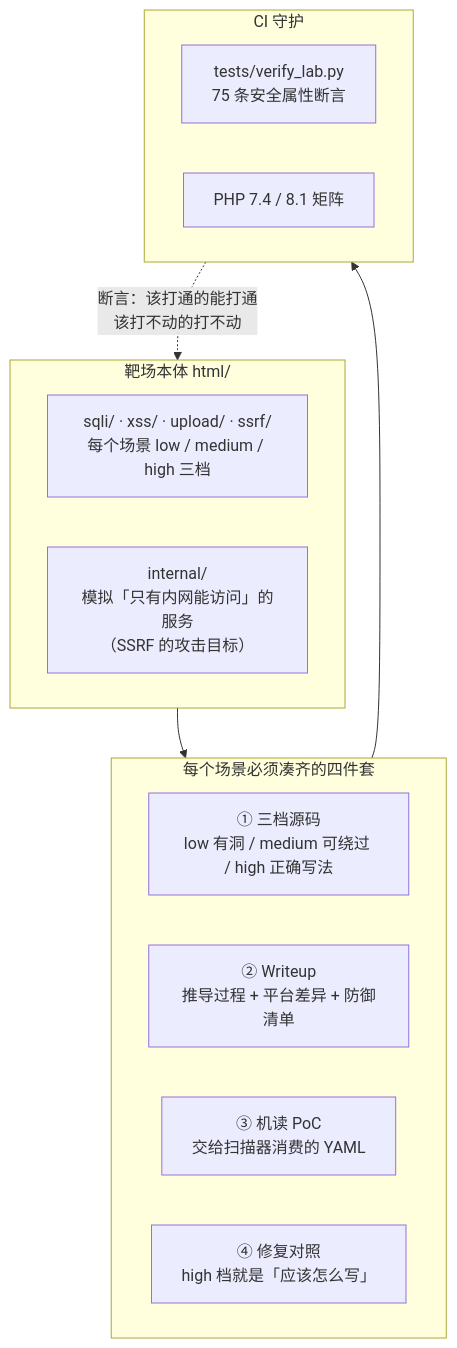
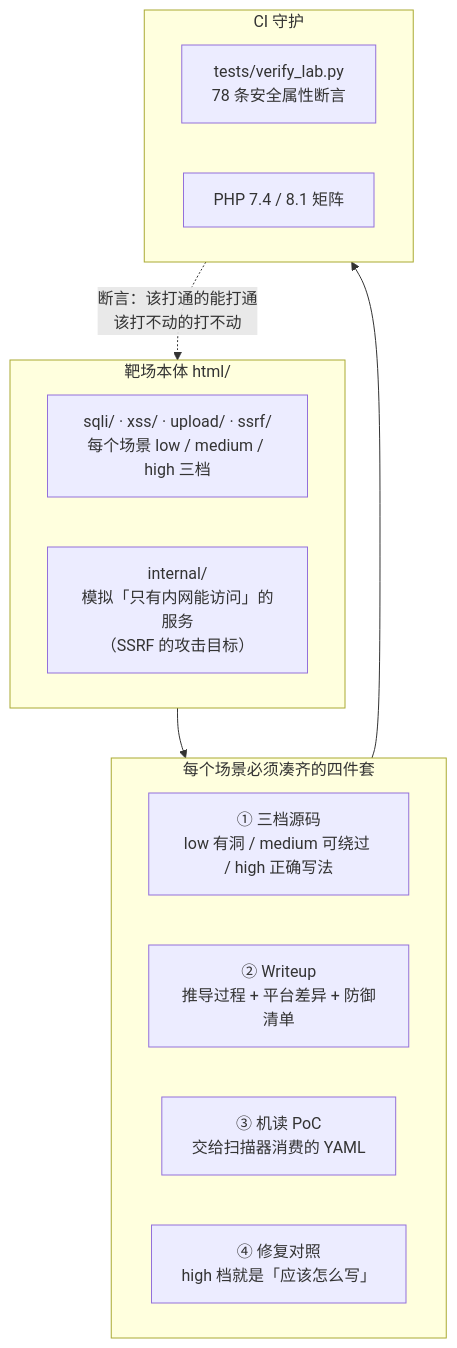
One commit to hediwen831-star/vulnlab changed the diagram in README.md. Above: the diagram before and after it, drawn with Mermaid. The commit also changed other lines of this file and 7 other files, not shown here.

````diff
--- a/README.md
+++ b/README.md
@@ -90,24 +90,24 @@
 ```mermaid
 flowchart TB
     subgraph LAB["靶场本体 html/"]
         L1["sqli/ · xss/ · upload/ · ssrf/<br/>每个场景 low / medium / high 三档"]
         L2["internal/<br/>模拟「只有内网能访问」的服务<br/>（SSRF 的攻击目标）"]
     end
 
     subgraph SET["每个场景必须凑齐的四件套"]
         direction LR
         A1["① 三档源码<br/>low 有洞 / medium 可绕过 / high 正确写法"]
         A2["② Writeup<br/>推导过程 + 平台差异 + 防御清单"]
         A3["③ 机读 PoC<br/>交给扫描器消费的 YAML"]
         A4["④ 修复对照<br/>high 档就是「应该怎么写」"]
     end
 
     subgraph CI["CI 守护"]
-        C1["tests/verify_lab.py<br/>75 条安全属性断言"]
+        C1["tests/verify_lab.py<br/>78 条安全属性断言"]
         C2["PHP 7.4 / 8.1 矩阵"]
     end
 
     LAB --> SET
     SET --> CI
     CI -. "断言：该打通的能打通<br/>该打不动的打不动" .-> LAB
 ```
````
